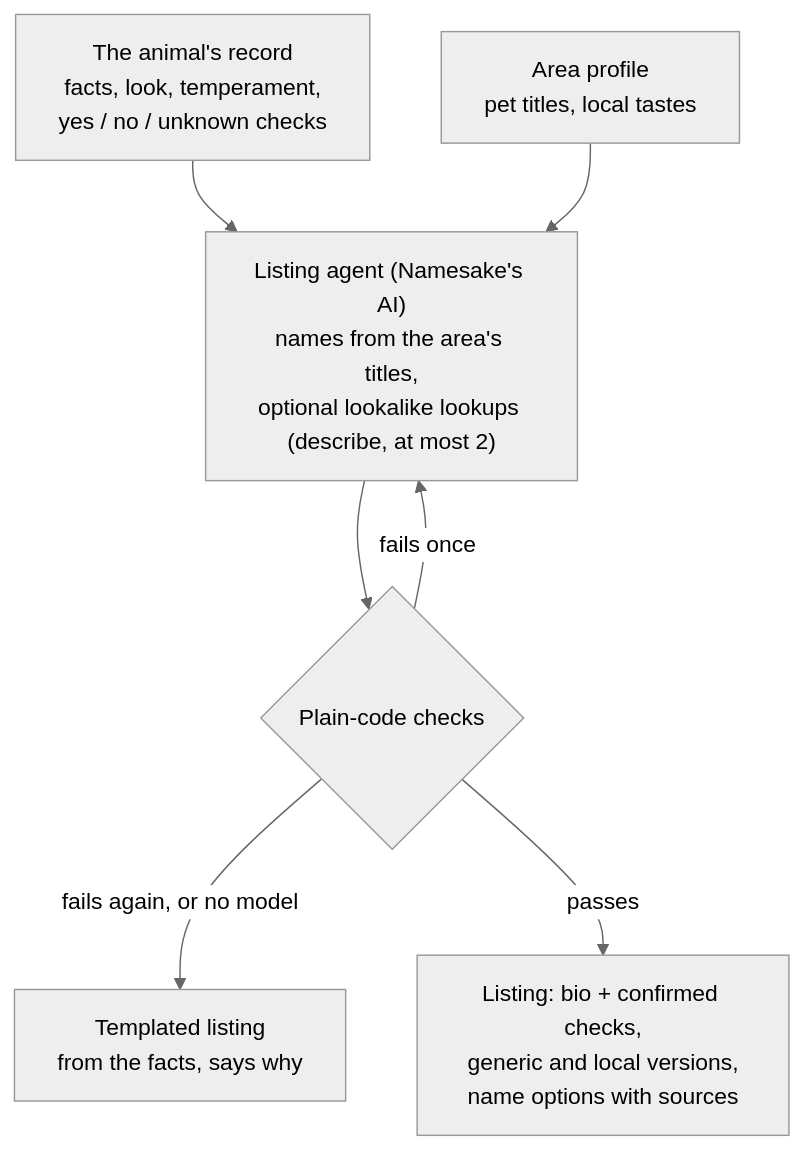
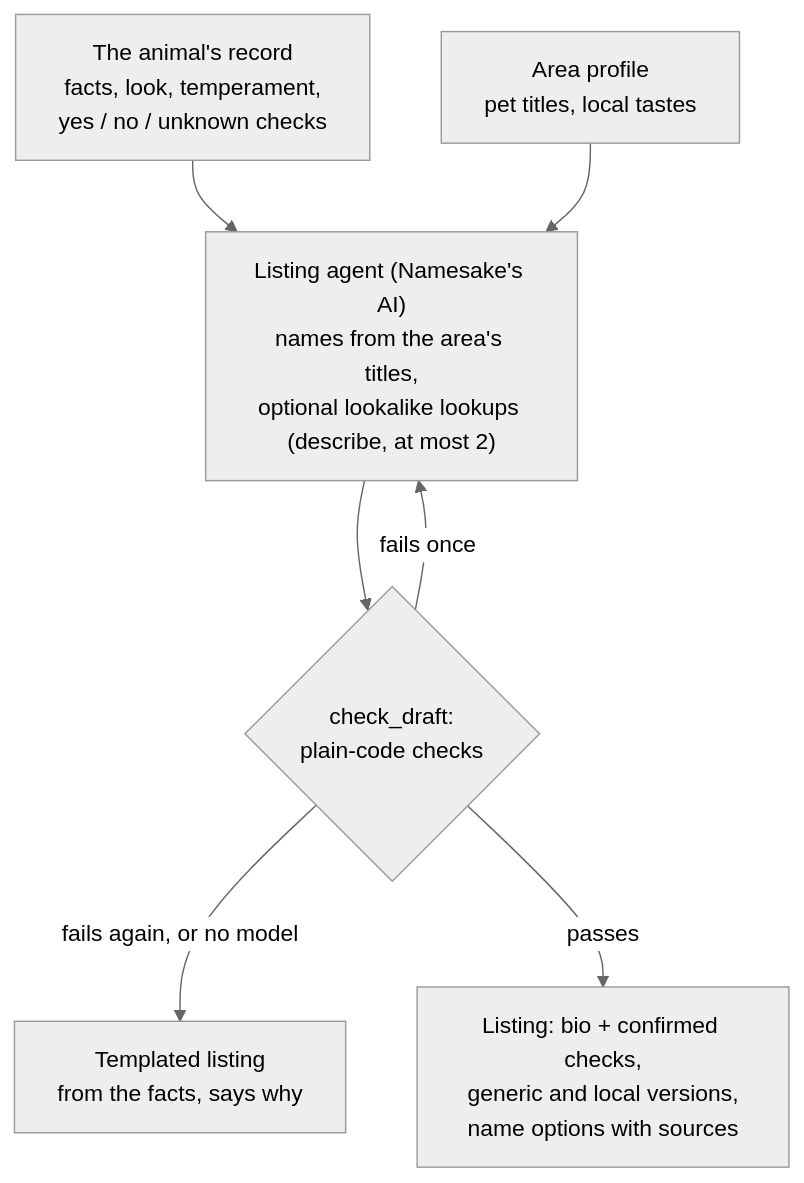
Before and after one commit to bsabau/namesake: the fourth of 5 diagrams in docs/architecture.md, drawn with Mermaid (neutral theme). The commit also changed other lines of this file, not shown here.

First line of the commit message:
Architecture doc: who decides what, and the reviewers' corrections

````diff
--- a/docs/architecture.md
+++ b/docs/architecture.md
@@ -117,9 +148,9 @@
 ```mermaid
 flowchart TD
     record["The animal's record<br/>facts, look, temperament,<br/>yes / no / unknown checks"] --> agent["Listing agent (Namesake's AI)<br/>names from the area's titles,<br/>optional lookalike lookups (describe, at most 2)"]
     profile["Area profile<br/>pet titles, local tastes"] --> agent
-    agent --> checks{"Plain-code checks"}
+    agent --> checks{"check_draft:<br/>plain-code checks"}
     checks -- "fails once" --> agent
     checks -- "fails again, or no model" --> template["Templated listing<br/>from the facts, says why"]
     checks -- passes --> listing["Listing: bio + confirmed checks,<br/>generic and local versions,<br/>name options with sources"]
 ```
````
